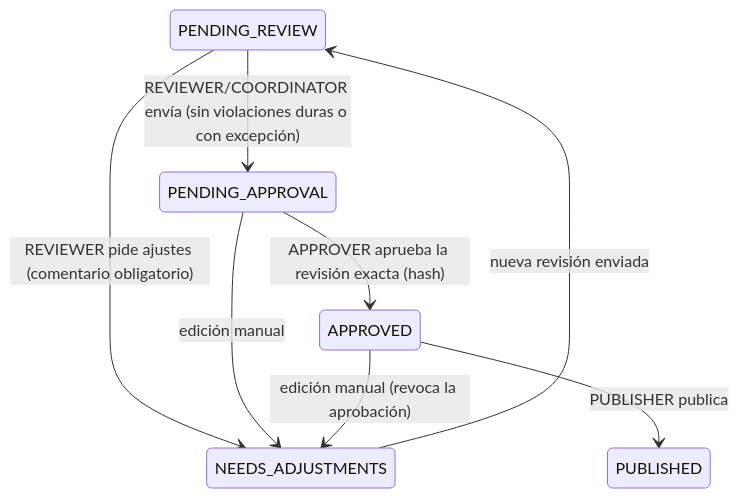
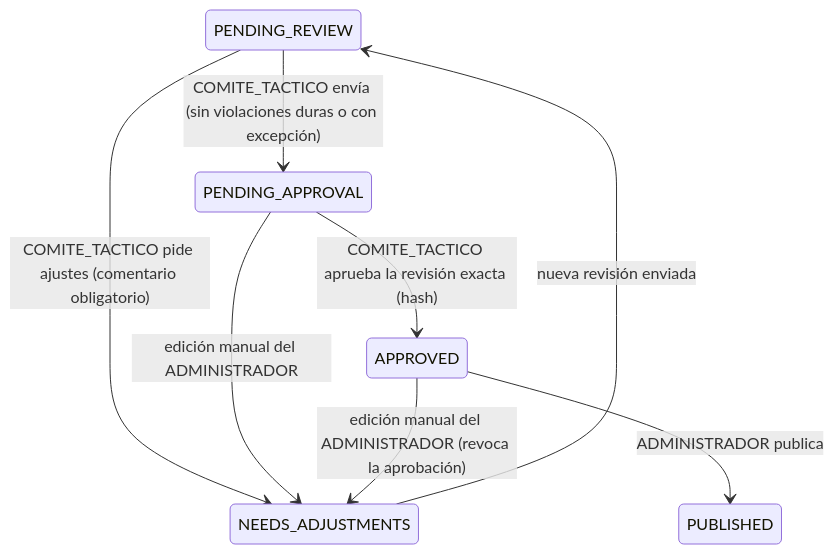
Before and after one commit to Djaiber/university-scheduler: the diagram in docs/architecture/gobierno.md, drawn with Mermaid. The commit also changed other lines of this file and 3 other files, not shown here.

````diff
--- a/docs/architecture/gobierno.md
+++ b/docs/architecture/gobierno.md
@@ -3,10 +3,10 @@
 ```mermaid
 stateDiagram-v2
-  PENDING_REVIEW --> PENDING_APPROVAL: REVIEWER/COORDINATOR envía (sin violaciones duras o con excepción)
-  PENDING_REVIEW --> NEEDS_ADJUSTMENTS: REVIEWER pide ajustes (comentario obligatorio)
+  PENDING_REVIEW --> PENDING_APPROVAL: COMITE_TACTICO envía (sin violaciones duras o con excepción)
+  PENDING_REVIEW --> NEEDS_ADJUSTMENTS: COMITE_TACTICO pide ajustes (comentario obligatorio)
   NEEDS_ADJUSTMENTS --> PENDING_REVIEW: nueva revisión enviada
-  PENDING_APPROVAL --> APPROVED: APPROVER aprueba la revisión exacta (hash)
-  PENDING_APPROVAL --> NEEDS_ADJUSTMENTS: edición manual
-  APPROVED --> NEEDS_ADJUSTMENTS: edición manual (revoca la aprobación)
-  APPROVED --> PUBLISHED: PUBLISHER publica
+  PENDING_APPROVAL --> APPROVED: COMITE_TACTICO aprueba la revisión exacta (hash)
+  PENDING_APPROVAL --> NEEDS_ADJUSTMENTS: edición manual del ADMINISTRADOR
+  APPROVED --> NEEDS_ADJUSTMENTS: edición manual del ADMINISTRADOR (revoca la aprobación)
+  APPROVED --> PUBLISHED: ADMINISTRADOR publica
 ```
````
